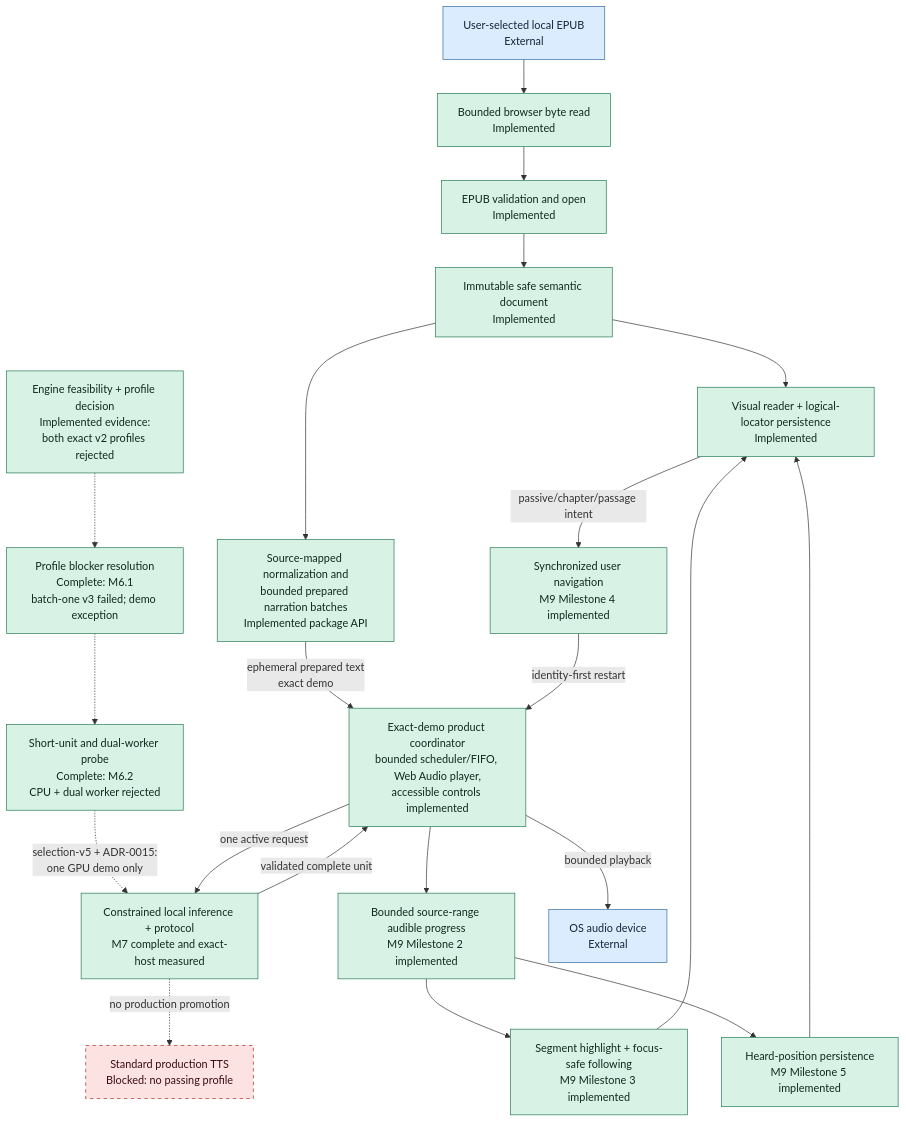
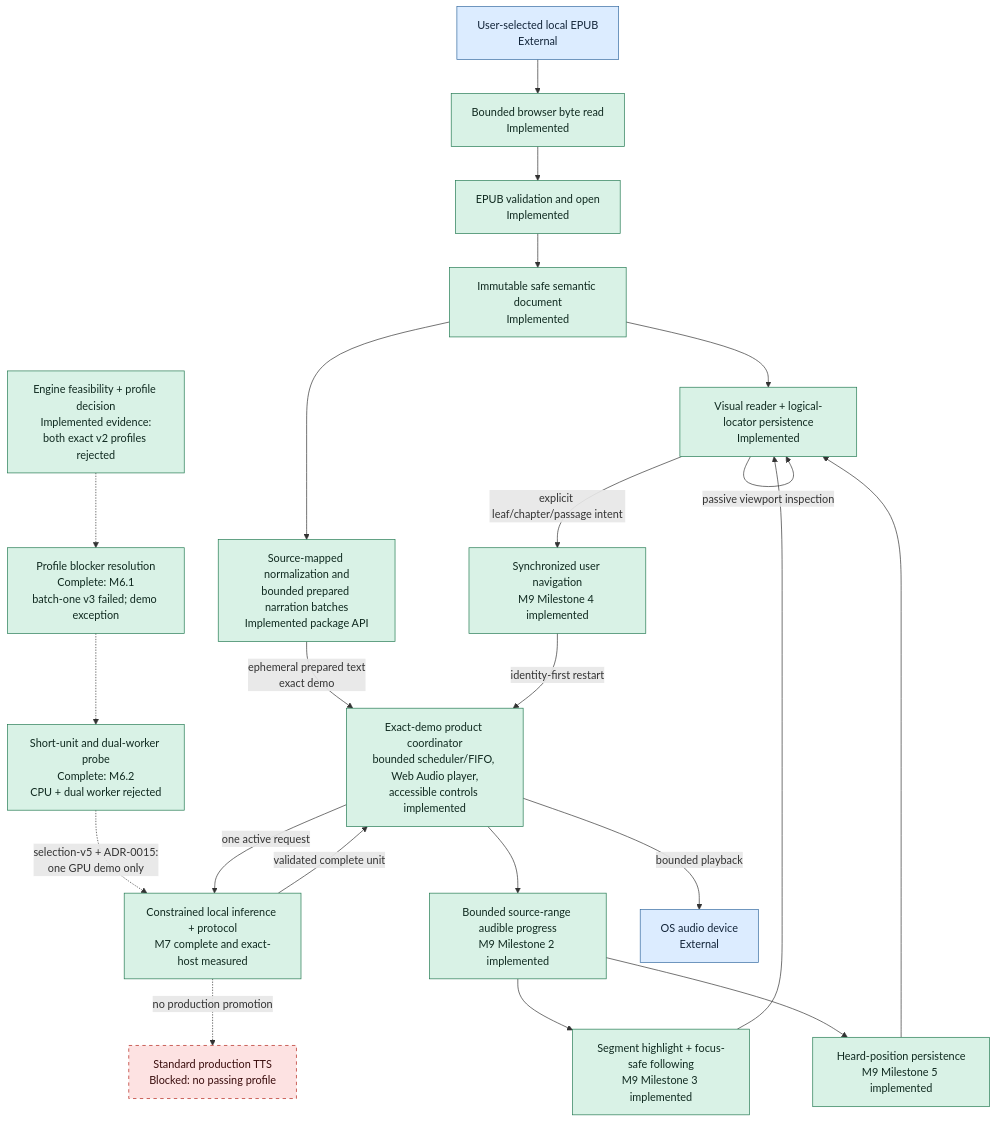
Before and after one commit to mmjosedaniel/voxleaf: the second of 2 diagrams in docs/architecture/system-diagram.md, drawn with Mermaid. The commit also changed other lines of this file and 34 other files, not shown here.

````diff
--- a/docs/architecture/system-diagram.md
+++ b/docs/architecture/system-diagram.md
@@ -191,45 +193,46 @@
 ```mermaid
 flowchart TD
     classDef implemented fill:#d9f2e6,stroke:#247a52,color:#102a20
     classDef progress fill:#dcecff,stroke:#356aa0,color:#13253a,stroke-dasharray: 3 3
     classDef planned fill:#fff0c7,stroke:#9a6b00,color:#332400,stroke-dasharray: 5 5
     classDef blocked fill:#fde2e2,stroke:#b42318,color:#3a0d0d,stroke-dasharray: 5 5
     classDef deferred fill:#eceff3,stroke:#667085,color:#20242a,stroke-dasharray: 5 5
     classDef external fill:#dcecff,stroke:#356aa0,color:#13253a
 
     FILE["User-selected local EPUB<br/>External"]:::external
     READ["Bounded browser byte read<br/>Implemented"]:::implemented
     OPEN["EPUB validation and open<br/>Implemented"]:::implemented
     SAFE["Immutable safe semantic document<br/>Implemented"]:::implemented
     VISUAL["Visual reader + logical-locator persistence<br/>Implemented"]:::implemented
     PREP["Source-mapped normalization and<br/>bounded prepared narration batches<br/>Implemented package API"]:::implemented
     PROFILE["Engine feasibility + profile decision<br/>Implemented evidence:<br/>both exact v2 profiles rejected"]:::implemented
     NEXT_PROFILE["Profile blocker resolution<br/>Complete: M6.1<br/>batch-one v3 failed; demo exception"]:::implemented
     BATCH_PROBE["Short-unit and dual-worker probe<br/>Complete: M6.2<br/>CPU + dual worker rejected"]:::implemented
     INFER["Constrained local inference + protocol<br/>M7 complete and exact-host measured"]:::implemented
     PROD["Standard production TTS<br/>Blocked: no passing profile"]:::blocked
     BUFFER["Exact-demo product coordinator<br/>bounded scheduler/FIFO, Web Audio player,<br/>accessible controls implemented"]:::implemented
     AUDIBLE["Bounded source-range audible progress<br/>M9 Milestone 2 implemented"]:::implemented
     FOLLOW["Segment highlight + focus-safe following<br/>M9 Milestone 3 implemented"]:::implemented
     INTERACTION["Synchronized user navigation<br/>M9 Milestone 4 implemented"]:::implemented
     HEARD["Heard-position persistence<br/>M9 Milestone 5 implemented"]:::implemented
     DEVICE["OS audio device<br/>External"]:::external
 
     FILE --> READ --> OPEN --> SAFE --> VISUAL
     SAFE --> PREP
     PREP -->|"ephemeral prepared text<br/>exact demo"| BUFFER
     PROFILE -.-> NEXT_PROFILE
     NEXT_PROFILE -.-> BATCH_PROBE
     BATCH_PROBE -.->|"selection-v5 + ADR-0015:<br/>one GPU demo only"| INFER
     INFER -.->|"no production promotion"| PROD
     BUFFER -->|"one active request"| INFER
     INFER -->|"validated complete unit"| BUFFER
     BUFFER --> AUDIBLE
     AUDIBLE --> FOLLOW
     FOLLOW --> VISUAL
-    VISUAL -->|"passive/chapter/passage intent"| INTERACTION
+    VISUAL -->|"explicit leaf/chapter/passage intent"| INTERACTION
+    VISUAL -->|"passive viewport inspection"| VISUAL
     INTERACTION -->|"identity-first restart"| BUFFER
     AUDIBLE --> HEARD
     HEARD --> VISUAL
     BUFFER -->|"bounded playback"| DEVICE
 ```
````
